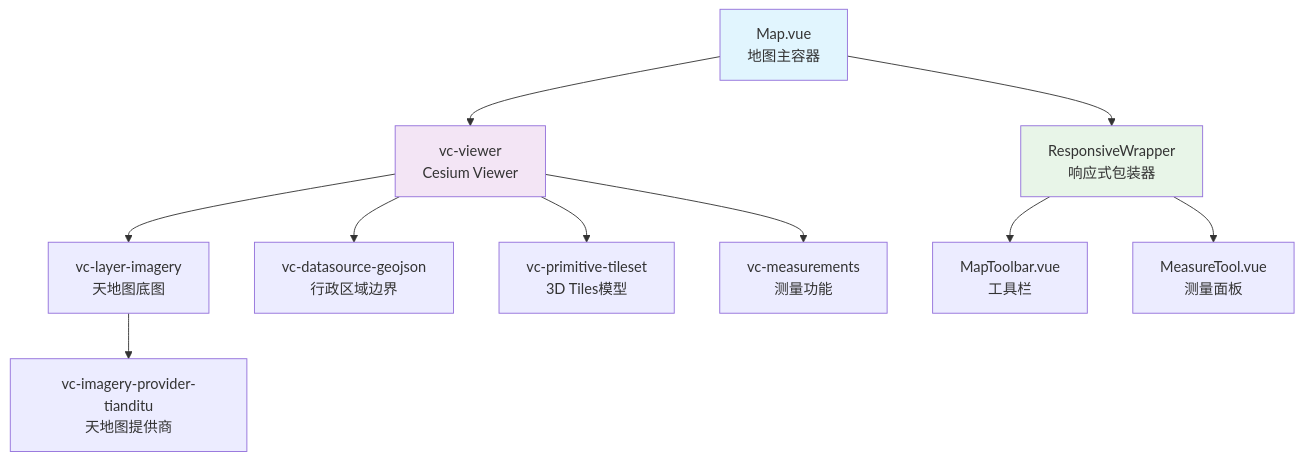
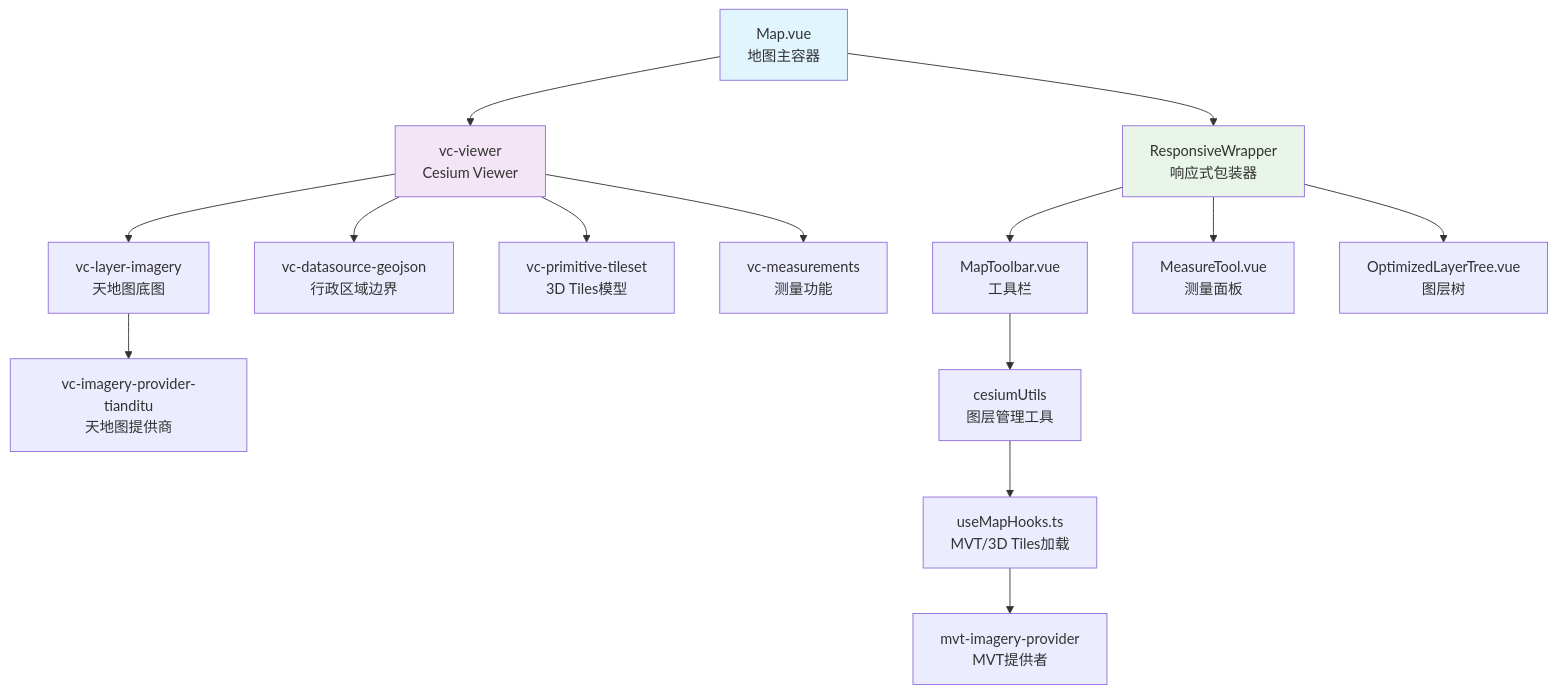
One commit to zhibo1997/government-dashboard changed the third of 16 diagrams in .qoder/repowiki/zh/content/核心组件架构/地图组件.md. Above: the diagram before and after it, drawn with Mermaid. The commit also changed other lines of this file and 28 other files, not shown here.

````diff
--- a/.qoder/repowiki/zh/content/核心组件架构/地图组件.md
+++ b/.qoder/repowiki/zh/content/核心组件架构/地图组件.md
@@ -133,15 +169,19 @@
 ```mermaid
 graph TD
 A[Map.vue<br/>地图主容器] --> B[vc-viewer<br/>Cesium Viewer]
 B --> C[vc-layer-imagery<br/>天地图底图]
 B --> D[vc-datasource-geojson<br/>行政区域边界]
 B --> E[vc-primitive-tileset<br/>3D Tiles模型]
 B --> F[vc-measurements<br/>测量功能]
 A --> G[ResponsiveWrapper<br/>响应式包装器]
 G --> H[MapToolbar.vue<br/>工具栏]
 G --> I[MeasureTool.vue<br/>测量面板]
-C --> J[vc-imagery-provider-tianditu<br/>天地图提供商]
+G --> J[OptimizedLayerTree.vue<br/>图层树]
+C --> K[vc-imagery-provider-tianditu<br/>天地图提供商]
+H --> L[cesiumUtils<br/>图层管理工具]
+L --> M[useMapHooks.ts<br/>MVT/3D Tiles加载]
+M --> N[mvt-imagery-provider<br/>MVT提供者]
 style A fill:#e1f5fe
 style B fill:#f3e5f5
 style G fill:#e8f5e8
 ```
````
